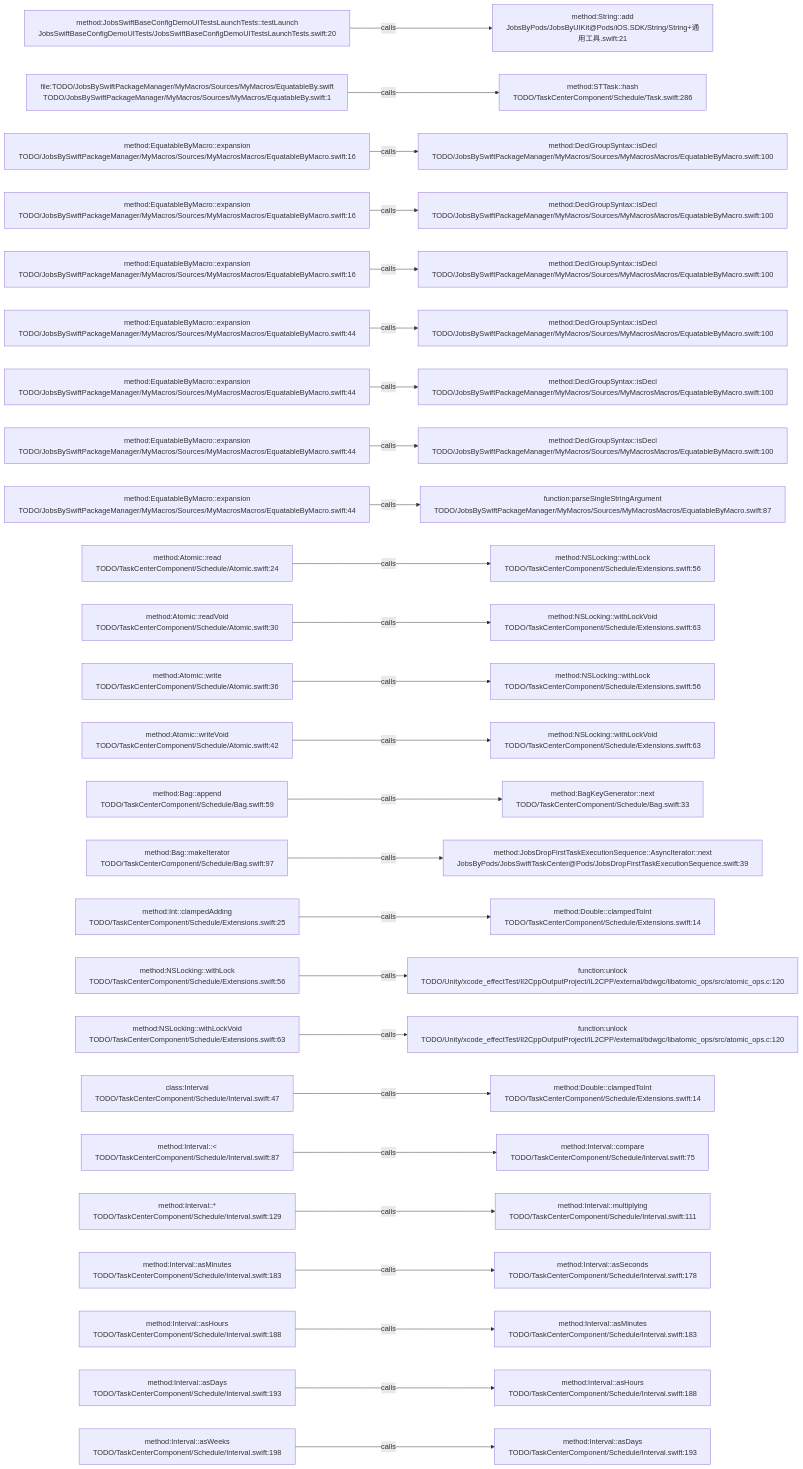
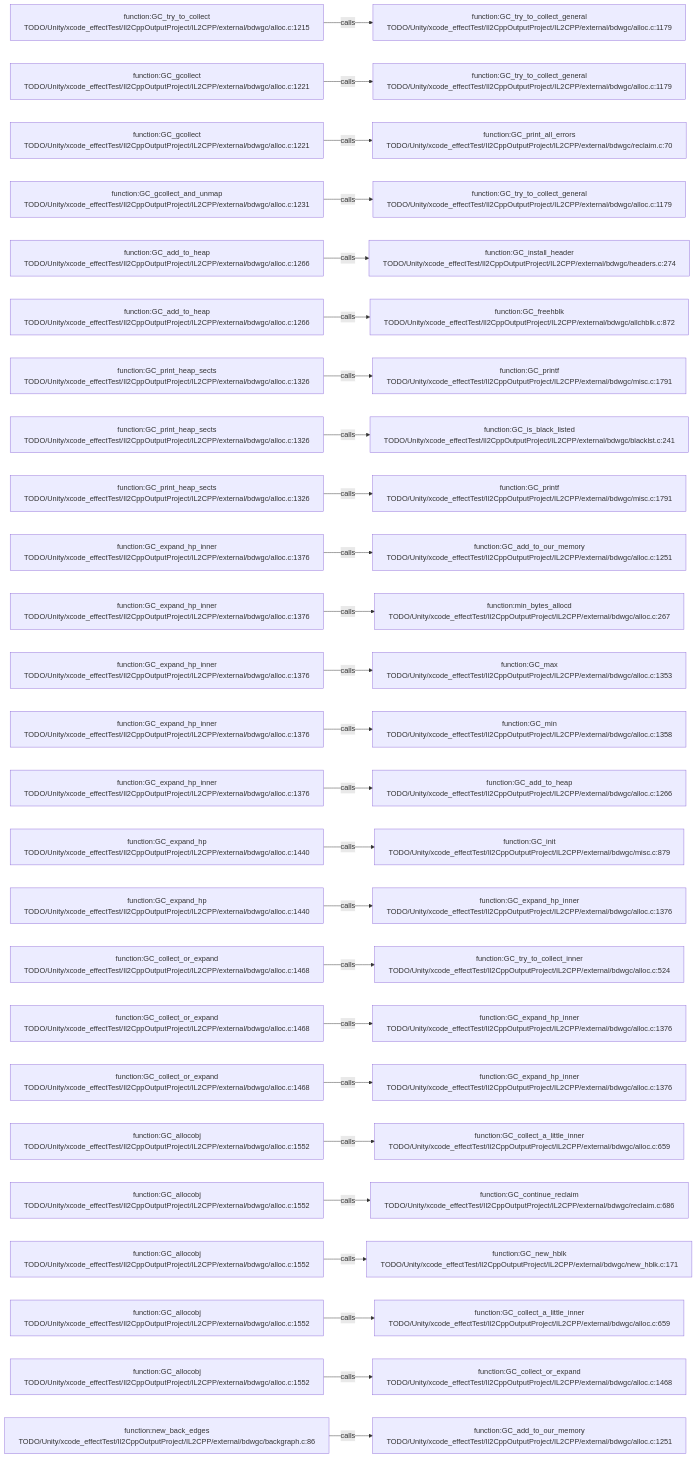
One commit to JobsKits/JobsSwiftBaseConfigDemo changed the diagram in .codegraph/codegraph.md/graphs/calls-080.md. Above: the diagram before and after it, drawn with Mermaid. The commit also changed 227 other files, not shown here.

````diff
--- a/.codegraph/codegraph.md/graphs/calls-080.md
+++ b/.codegraph/codegraph.md/graphs/calls-080.md
@@ -13,78 +13,78 @@
 ```mermaid
 flowchart LR
-  S1["method:JobsSwiftBaseConfigDemoUITestsLaunchTests::testLaunch<br/>JobsSwiftBaseConfigDemoUITests/JobsSwiftBaseConfigDemoUITestsLaunchTests.swift:20"]
-  T1["method:String::add<br/>JobsByPods/JobsByUIKit@Pods/iOS.SDK/String/String+通用工具.swift:21"]
+  S1["function:GC_try_to_collect<br/>TODO/Unity/xcode_effectTest/Il2CppOutputProject/IL2CPP/external/bdwgc/alloc.c:1215"]
+  T1["function:GC_try_to_collect_general<br/>TODO/Unity/xcode_effectTest/Il2CppOutputProject/IL2CPP/external/bdwgc/alloc.c:1179"]
   S1 -->|calls| T1
-  S2["file:TODO/JobsBySwiftPackageManager/MyMacros/Sources/MyMacros/EquatableBy.swift<br/>TODO/JobsBySwiftPackageManager/MyMacros/Sources/MyMacros/EquatableBy.swift:1"]
-  T2["method:STTask::hash<br/>TODO/TaskCenterComponent/Schedule/Task.swift:286"]
+  S2["function:GC_gcollect<br/>TODO/Unity/xcode_effectTest/Il2CppOutputProject/IL2CPP/external/bdwgc/alloc.c:1221"]
+  T2["function:GC_try_to_collect_general<br/>TODO/Unity/xcode_effectTest/Il2CppOutputProject/IL2CPP/external/bdwgc/alloc.c:1179"]
   S2 -->|calls| T2
-  S3["method:EquatableByMacro::expansion<br/>TODO/JobsBySwiftPackageManager/MyMacros/Sources/MyMacrosMacros/EquatableByMacro.swift:16"]
-  T3["method:DeclGroupSyntax::isDecl<br/>TODO/JobsBySwiftPackageManager/MyMacros/Sources/MyMacrosMacros/EquatableByMacro.swift:100"]
+  S3["function:GC_gcollect<br/>TODO/Unity/xcode_effectTest/Il2CppOutputProject/IL2CPP/external/bdwgc/alloc.c:1221"]
+  T3["function:GC_print_all_errors<br/>TODO/Unity/xcode_effectTest/Il2CppOutputProject/IL2CPP/external/bdwgc/reclaim.c:70"]
   S3 -->|calls| T3
-  S4["method:EquatableByMacro::expansion<br/>TODO/JobsBySwiftPackageManager/MyMacros/Sources/MyMacrosMacros/EquatableByMacro.swift:16"]
-  T4["method:DeclGroupSyntax::isDecl<br/>TODO/JobsBySwiftPackageManager/MyMacros/Sources/MyMacrosMacros/EquatableByMacro.swift:100"]
+  S4["function:GC_gcollect_and_unmap<br/>TODO/Unity/xcode_effectTest/Il2CppOutputProject/IL2CPP/external/bdwgc/alloc.c:1231"]
+  T4["function:GC_try_to_collect_general<br/>TODO/Unity/xcode_effectTest/Il2CppOutputProject/IL2CPP/external/bdwgc/alloc.c:1179"]
   S4 -->|calls| T4
-  S5["method:EquatableByMacro::expansion<br/>TODO/JobsBySwiftPackageManager/MyMacros/Sources/MyMacrosMacros/EquatableByMacro.swift:16"]
-  T5["method:DeclGroupSyntax::isDecl<br/>TODO/JobsBySwiftPackageManager/MyMacros/Sources/MyMacrosMacros/EquatableByMacro.swift:100"]
+  S5["function:GC_add_to_heap<br/>TODO/Unity/xcode_effectTest/Il2CppOutputProject/IL2CPP/external/bdwgc/alloc.c:1266"]
+  T5["function:GC_install_header<br/>TODO/Unity/xcode_effectTest/Il2CppOutputProject/IL2CPP/external/bdwgc/headers.c:274"]
   S5 -->|calls| T5
-  S6["method:EquatableByMacro::expansion<br/>TODO/JobsBySwiftPackageManager/MyMacros/Sources/MyMacrosMacros/EquatableByMacro.swift:44"]
-  T6["method:DeclGroupSyntax::isDecl<br/>TODO/JobsBySwiftPackageManager/MyMacros/Sources/MyMacrosMacros/EquatableByMacro.swift:100"]
+  S6["function:GC_add_to_heap<br/>TODO/Unity/xcode_effectTest/Il2CppOutputProject/IL2CPP/external/bdwgc/alloc.c:1266"]
+  T6["function:GC_freehblk<br/>TODO/Unity/xcode_effectTest/Il2CppOutputProject/IL2CPP/external/bdwgc/allchblk.c:872"]
   S6 -->|calls| T6
-  S7["method:EquatableByMacro::expansion<br/>TODO/JobsBySwiftPackageManager/MyMacros/Sources/MyMacrosMacros/EquatableByMacro.swift:44"]
-  T7["method:DeclGroupSyntax::isDecl<br/>TODO/JobsBySwiftPackageManager/MyMacros/Sources/MyMacrosMacros/EquatableByMacro.swift:100"]
+  S7["function:GC_print_heap_sects<br/>TODO/Unity/xcode_effectTest/Il2CppOutputProject/IL2CPP/external/bdwgc/alloc.c:1326"]
+  T7["function:GC_printf<br/>TODO/Unity/xcode_effectTest/Il2CppOutputProject/IL2CPP/external/bdwgc/misc.c:1791"]
   S7 -->|calls| T7
-  S8["method:EquatableByMacro::expansion<br/>TODO/JobsBySwiftPackageManager/MyMacros/Sources/MyMacrosMacros/EquatableByMacro.swift:44"]
-  T8["method:DeclGroupSyntax::isDecl<br/>TODO/JobsBySwiftPackageManager/MyMacros/Sources/MyMacrosMacros/EquatableByMacro.swift:100"]
+  S8["function:GC_print_heap_sects<br/>TODO/Unity/xcode_effectTest/Il2CppOutputProject/IL2CPP/external/bdwgc/alloc.c:1326"]
+  T8["function:GC_is_black_listed<br/>TODO/Unity/xcode_effectTest/Il2CppOutputProject/IL2CPP/external/bdwgc/blacklst.c:241"]
   S8 -->|calls| T8
-  S9["method:EquatableByMacro::expansion<br/>TODO/JobsBySwiftPackageManager/MyMacros/Sources/MyMacrosMacros/EquatableByMacro.swift:44"]
-  T9["function:parseSingleStringArgument<br/>TODO/JobsBySwiftPackageManager/MyMacros/Sources/MyMacrosMacros/EquatableByMacro.swift:87"]
+  S9["function:GC_print_heap_sects<br/>TODO/Unity/xcode_effectTest/Il2CppOutputProject/IL2CPP/external/bdwgc/alloc.c:1326"]
+  T9["function:GC_printf<br/>TODO/Unity/xcode_effectTest/Il2CppOutputProject/IL2CPP/external/bdwgc/misc.c:1791"]
   S9 -->|calls| T9
-  S10["method:Atomic::read<br/>TODO/TaskCenterComponent/Schedule/Atomic.swift:24"]
-  T10["method:NSLocking::withLock<br/>TODO/TaskCenterComponent/Schedule/Extensions.swift:56"]
+  S10["function:GC_expand_hp_inner<br/>TODO/Unity/xcode_effectTest/Il2CppOutputProject/IL2CPP/external/bdwgc/alloc.c:1376"]
+  T10["function:GC_add_to_our_memory<br/>TODO/Unity/xcode_effectTest/Il2CppOutputProject/IL2CPP/external/bdwgc/alloc.c:1251"]
   S10 -->|calls| T10
-  S11["method:Atomic::readVoid<br/>TODO/TaskCenterComponent/Schedule/Atomic.swift:30"]
-  T11["method:NSLocking::withLockVoid<br/>TODO/TaskCenterComponent/Schedule/Extensions.swift:63"]
+  S11["function:GC_expand_hp_inner<br/>TODO/Unity/xcode_effectTest/Il2CppOutputProject/IL2CPP/external/bdwgc/alloc.c:1376"]
+  T11["function:min_bytes_allocd<br/>TODO/Unity/xcode_effectTest/Il2CppOutputProject/IL2CPP/external/bdwgc/alloc.c:267"]
   S11 -->|calls| T11
-  S12["method:Atomic::write<br/>TODO/TaskCenterComponent/Schedule/Atomic.swift:36"]
-  T12["method:NSLocking::withLock<br/>TODO/TaskCenterComponent/Schedule/Extensions.swift:56"]
+  S12["function:GC_expand_hp_inner<br/>TODO/Unity/xcode_effectTest/Il2CppOutputProject/IL2CPP/external/bdwgc/alloc.c:1376"]
+  T12["function:GC_max<br/>TODO/Unity/xcode_effectTest/Il2CppOutputProject/IL2CPP/external/bdwgc/alloc.c:1353"]
   S12 -->|calls| T12
-  S13["method:Atomic::writeVoid<br/>TODO/TaskCenterComponent/Schedule/Atomic.swift:42"]
-  T13["method:NSLocking::withLockVoid<br/>TODO/TaskCenterComponent/Schedule/Extensions.swift:63"]
+  S13["function:GC_expand_hp_inner<br/>TODO/Unity/xcode_effectTest/Il2CppOutputProject/IL2CPP/external/bdwgc/alloc.c:1376"]
+  T13["function:GC_min<br/>TODO/Unity/xcode_effectTest/Il2CppOutputProject/IL2CPP/external/bdwgc/alloc.c:1358"]
   S13 -->|calls| T13
-  S14["method:Bag::append<br/>TODO/TaskCenterComponent/Schedule/Bag.swift:59"]
-  T14["method:BagKeyGenerator::next<br/>TODO/TaskCenterComponent/Schedule/Bag.swift:33"]
+  S14["function:GC_expand_hp_inner<br/>TODO/Unity/xcode_effectTest/Il2CppOutputProject/IL2CPP/external/bdwgc/alloc.c:1376"]
+  T14["function:GC_add_to_heap<br/>TODO/Unity/xcode_effectTest/Il2CppOutputProject/IL2CPP/external/bdwgc/alloc.c:1266"]
   S14 -->|calls| T14
-  S15["method:Bag::makeIterator<br/>TODO/TaskCenterComponent/Schedule/Bag.swift:97"]
-  T15["method:JobsDropFirstTaskExecutionSequence::AsyncIterator::next<br/>JobsByPods/JobsSwiftTaskCenter@Pods/JobsDropFirstTaskExecutionSequence.swift:39"]
+  S15["function:GC_expand_hp<br/>TODO/Unity/xcode_effectTest/Il2CppOutputProject/IL2CPP/external/bdwgc/alloc.c:1440"]
+  T15["function:GC_init<br/>TODO/Unity/xcode_effectTest/Il2CppOutputProject/IL2CPP/external/bdwgc/misc.c:879"]
   S15 -->|calls| T15
-  S16["method:Int::clampedAdding<br/>TODO/TaskCenterComponent/Schedule/Extensions.swift:25"]
-  T16["method:Double::clampedToInt<br/>TODO/TaskCenterComponent/Schedule/Extensions.swift:14"]
+  S16["function:GC_expand_hp<br/>TODO/Unity/xcode_effectTest/Il2CppOutputProject/IL2CPP/external/bdwgc/alloc.c:1440"]
+  T16["function:GC_expand_hp_inner<br/>TODO/Unity/xcode_effectTest/Il2CppOutputProject/IL2CPP/external/bdwgc/alloc.c:1376"]
   S16 -->|calls| T16
-  S17["method:NSLocking::withLock<br/>TODO/TaskCenterComponent/Schedule/Extensions.swift:56"]
-  T17["function:unlock<br/>TODO/Unity/xcode_effectTest/Il2CppOutputProject/IL2CPP/external/bdwgc/libatomic_ops/src/atomic_ops.c:120"]
+  S17["function:GC_collect_or_expand<br/>TODO/Unity/xcode_effectTest/Il2CppOutputProject/IL2CPP/external/bdwgc/alloc.c:1468"]
+  T17["function:GC_try_to_collect_inner<br/>TODO/Unity/xcode_effectTest/Il2CppOutputProject/IL2CPP/external/bdwgc/alloc.c:524"]
   S17 -->|calls| T17
-  S18["method:NSLocking::withLockVoid<br/>TODO/TaskCenterComponent/Schedule/Extensions.swift:63"]
-  T18["function:unlock<br/>TODO/Unity/xcode_effectTest/Il2CppOutputProject/IL2CPP/external/bdwgc/libatomic_ops/src/atomic_ops.c:120"]
+  S18["function:GC_collect_or_expand<br/>TODO/Unity/xcode_effectTest/Il2CppOutputProject/IL2CPP/external/bdwgc/alloc.c:1468"]
+  T18["function:GC_expand_hp_inner<br/>TODO/Unity/xcode_effectTest/Il2CppOutputProject/IL2CPP/external/bdwgc/alloc.c:1376"]
   S18 -->|calls| T18
-  S19["class:Interval<br/>TODO/TaskCenterComponent/Schedule/Interval.swift:47"]
-  T19["method:Double::clampedToInt<br/>TODO/TaskCenterComponent/Schedule/Extensions.swift:14"]
+  S19["function:GC_collect_or_expand<br/>TODO/Unity/xcode_effectTest/Il2CppOutputProject/IL2CPP/external/bdwgc/alloc.c:1468"]
+  T19["function:GC_expand_hp_inner<br/>TODO/Unity/xcode_effectTest/Il2CppOutputProject/IL2CPP/external/bdwgc/alloc.c:1376"]
   S19 -->|calls| T19
-  S20["method:Interval::<<br/>TODO/TaskCenterComponent/Schedule/Interval.swift:87"]
-  T20["method:Interval::compare<br/>TODO/TaskCenterComponent/Schedule/Interval.swift:75"]
+  S20["function:GC_allocobj<br/>TODO/Unity/xcode_effectTest/Il2CppOutputProject/IL2CPP/external/bdwgc/alloc.c:1552"]
+  T20["function:GC_collect_a_little_inner<br/>TODO/Unity/xcode_effectTest/Il2CppOutputProject/IL2CPP/external/bdwgc/alloc.c:659"]
   S20 -->|calls| T20
-  S21["method:Interval::*<br/>TODO/TaskCenterComponent/Schedule/Interval.swift:129"]
-  T21["method:Interval::multiplying<br/>TODO/TaskCenterComponent/Schedule/Interval.swift:111"]
+  S21["function:GC_allocobj<br/>TODO/Unity/xcode_effectTest/Il2CppOutputProject/IL2CPP/external/bdwgc/alloc.c:1552"]
+  T21["function:GC_continue_reclaim<br/>TODO/Unity/xcode_effectTest/Il2CppOutputProject/IL2CPP/external/bdwgc/reclaim.c:686"]
   S21 -->|calls| T21
-  S22["method:Interval::asMinutes<br/>TODO/TaskCenterComponent/Schedule/Interval.swift:183"]
-  T22["method:Interval::asSeconds<br/>TODO/TaskCenterComponent/Schedule/Interval.swift:178"]
+  S22["function:GC_allocobj<br/>TODO/Unity/xcode_effectTest/Il2CppOutputProject/IL2CPP/external/bdwgc/alloc.c:1552"]
+  T22["function:GC_new_hblk<br/>TODO/Unity/xcode_effectTest/Il2CppOutputProject/IL2CPP/external/bdwgc/new_hblk.c:171"]
   S22 -->|calls| T22
-  S23["method:Interval::asHours<br/>TODO/TaskCenterComponent/Schedule/Interval.swift:188"]
-  T23["method:Interval::asMinutes<br/>TODO/TaskCenterComponent/Schedule/Interval.swift:183"]
+  S23["function:GC_allocobj<br/>TODO/Unity/xcode_effectTest/Il2CppOutputProject/IL2CPP/external/bdwgc/alloc.c:1552"]
+  T23["function:GC_collect_a_little_inner<br/>TODO/Unity/xcode_effectTest/Il2CppOutputProject/IL2CPP/external/bdwgc/alloc.c:659"]
   S23 -->|calls| T23
-  S24["method:Interval::asDays<br/>TODO/TaskCenterComponent/Schedule/Interval.swift:193"]
-  T24["method:Interval::asHours<br/>TODO/TaskCenterComponent/Schedule/Interval.swift:188"]
+  S24["function:GC_allocobj<br/>TODO/Unity/xcode_effectTest/Il2CppOutputProject/IL2CPP/external/bdwgc/alloc.c:1552"]
+  T24["function:GC_collect_or_expand<br/>TODO/Unity/xcode_effectTest/Il2CppOutputProject/IL2CPP/external/bdwgc/alloc.c:1468"]
   S24 -->|calls| T24
-  S25["method:Interval::asWeeks<br/>TODO/TaskCenterComponent/Schedule/Interval.swift:198"]
-  T25["method:Interval::asDays<br/>TODO/TaskCenterComponent/Schedule/Interval.swift:193"]
+  S25["function:new_back_edges<br/>TODO/Unity/xcode_effectTest/Il2CppOutputProject/IL2CPP/external/bdwgc/backgraph.c:86"]
+  T25["function:GC_add_to_our_memory<br/>TODO/Unity/xcode_effectTest/Il2CppOutputProject/IL2CPP/external/bdwgc/alloc.c:1251"]
   S25 -->|calls| T25
 ```
````
